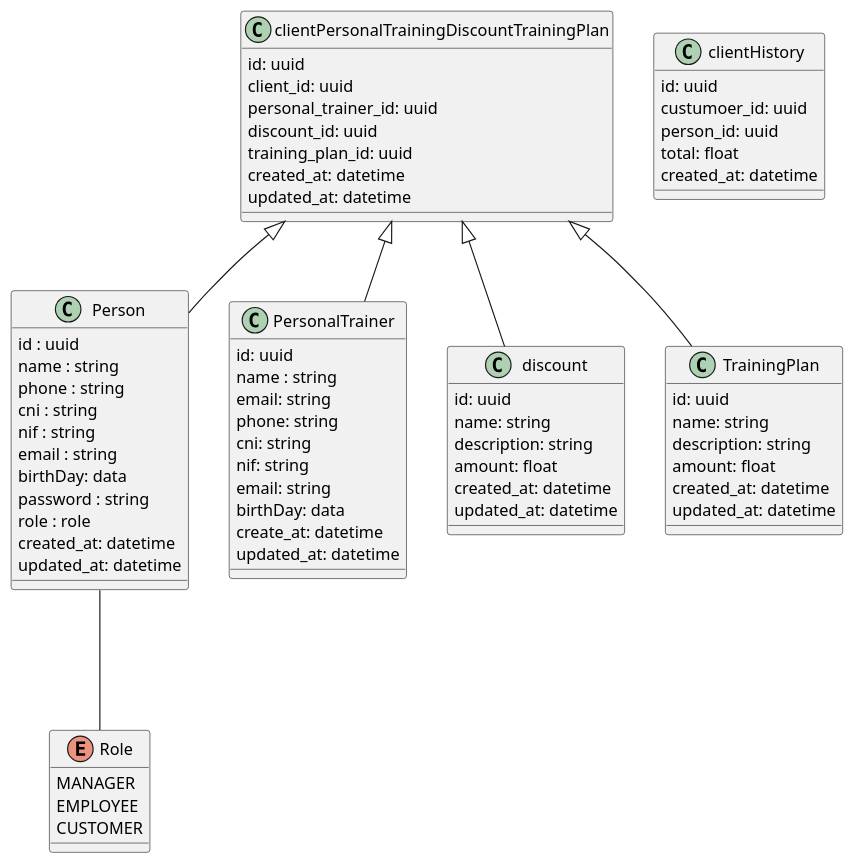
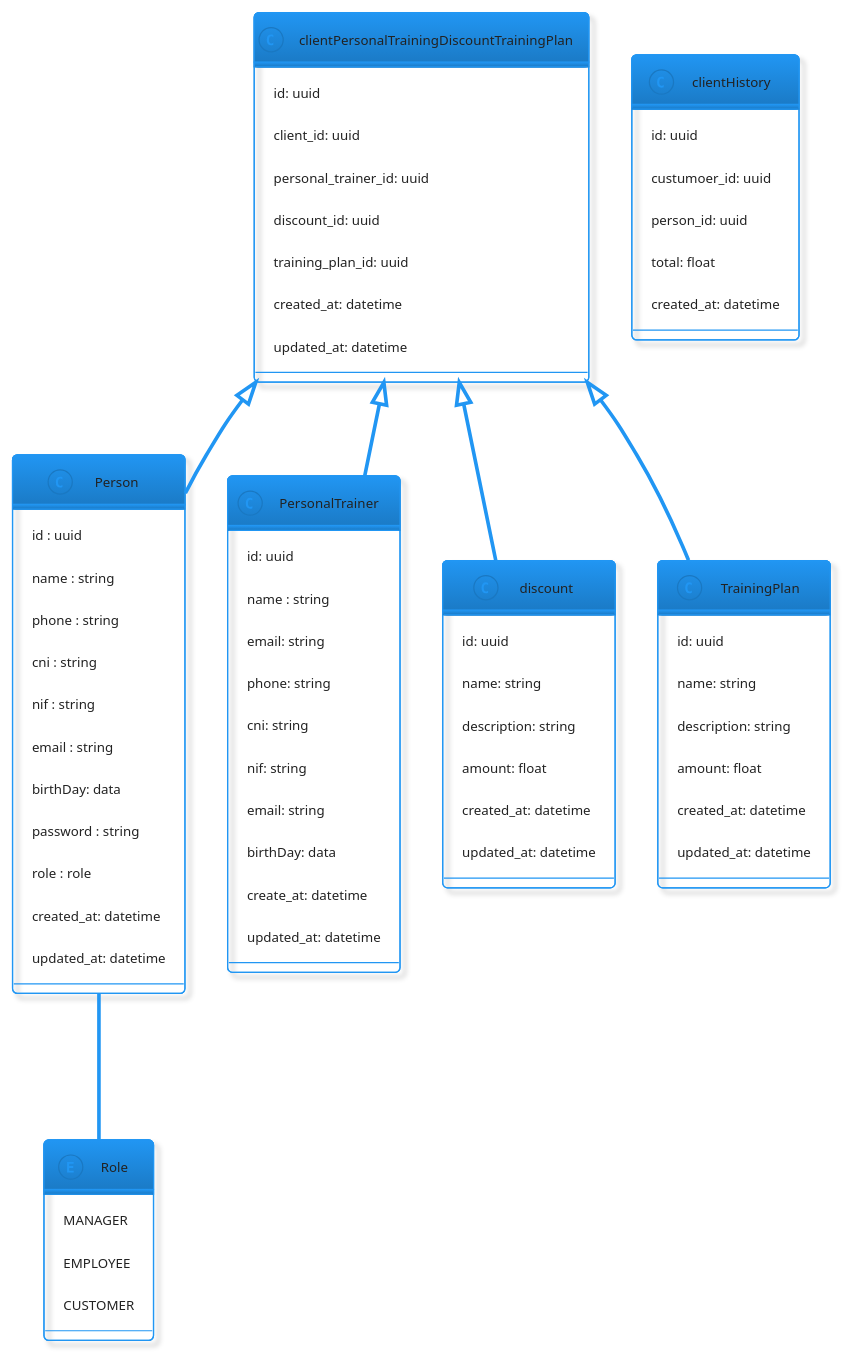
Before and after one commit to bosshentai/tccCode: the diagram in diagram/main/Class/classtes.puml, drawn with PlantUML. The commit also changed 6 other files, not shown here.

Commit message:
deleted some diagrams

```diff
--- a/diagram/main/Class/classtes.puml
+++ b/diagram/main/Class/classtes.puml
@@ -1,101 +1,102 @@
 @startuml Nogain
+!theme materia-outline
 
 class Person {
   id : uuid
   name : string
   phone : string
   cni : string
   nif : string
   email : string
   birthDay: data
   password : string
   role : role
   created_at: datetime
   updated_at: datetime
   
 }
 
 
 ' class Client {
 '   id: uuid
 '   name : string
 '   email: string
 '   phone: string
 '   birthDay: data
 '   created_at: datetime
 
 ' }
 
 
 
 
 class PersonalTrainer {
   id: uuid
   name : string
   email: string
   phone: string
   cni: string
   nif: string
   email: string
   birthDay: data
   create_at: datetime
   updated_at: datetime
 
 
 }
 
 class discount {
   id: uuid
   name: string
   description: string
   amount: float
   created_at: datetime
   updated_at: datetime
 }
 
 class TrainingPlan {
   id: uuid
   name: string
   description: string
   amount: float
   created_at: datetime
   updated_at: datetime
 }
 
 
 class clientPersonalTrainingDiscountTrainingPlan {
   id: uuid
   client_id: uuid
   personal_trainer_id: uuid
   discount_id: uuid
   training_plan_id: uuid
   created_at: datetime
   updated_at: datetime
 }
 
 class clientHistory {
   id: uuid
   custumoer_id: uuid
   person_id: uuid
   total: float
   created_at: datetime
 }
 
 
 enum Role {
   MANAGER
   EMPLOYEE
   CUSTOMER
 }
 
 Person --- Role
 
 ' clientHistory <|-- Client
 ' clientHistory <|-- Person
 
 clientPersonalTrainingDiscountTrainingPlan <|-- Person
 clientPersonalTrainingDiscountTrainingPlan <|-- PersonalTrainer
 clientPersonalTrainingDiscountTrainingPlan <|-- discount
 clientPersonalTrainingDiscountTrainingPlan <|-- TrainingPlan
 
 @enduml
```
